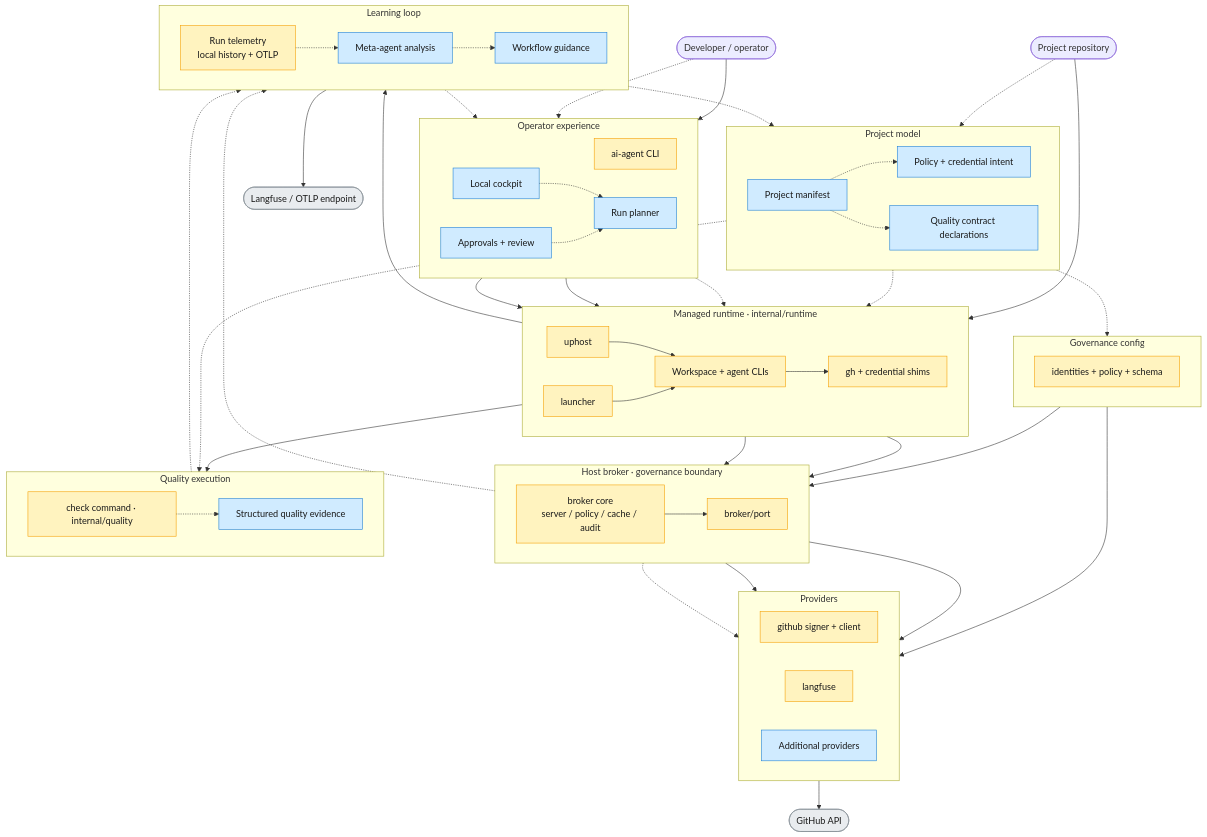
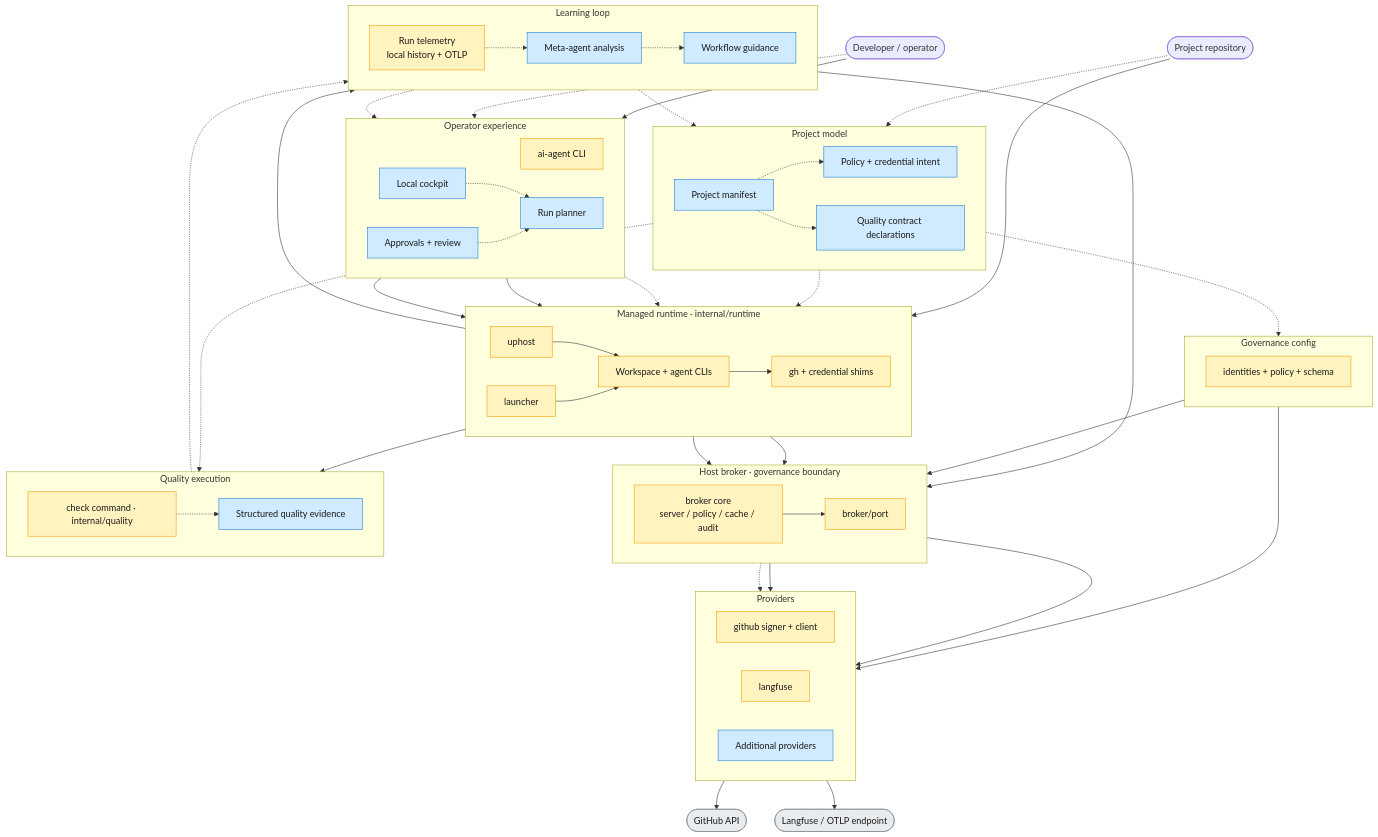
One commit to maryzam/ai-crew-localdev changed the second of 2 diagrams in docs/current-north-star-architecture.md. Above: the diagram before and after it, drawn with Mermaid. The commit also changed other lines of this file and 49 other files, not shown here.

Commit message:
fix: keep Langfuse secrets inside broker

```diff
--- a/docs/current-north-star-architecture.md
+++ b/docs/current-north-star-architecture.md
@@ -240,6 +241,7 @@
     Port --> Langfuse
     Port -.-> MoreProviders
     GitHub --> ExtGitHub
+    Langfuse --> ExtLF
     PolicyIntent -.-> Store
     Store --> BrokerCore
     Store --> GitHub
@@ -249,8 +251,7 @@
     Checks -.-> Evidence
     Launcher --> Telemetry
     Evidence -.-> Telemetry
-    BrokerCore -.-> Telemetry
-    Telemetry --> ExtLF
+    Telemetry --> BrokerCore
     Telemetry -.-> Meta
     Meta -.-> Guidance
     Guidance -.-> Manifest
```
